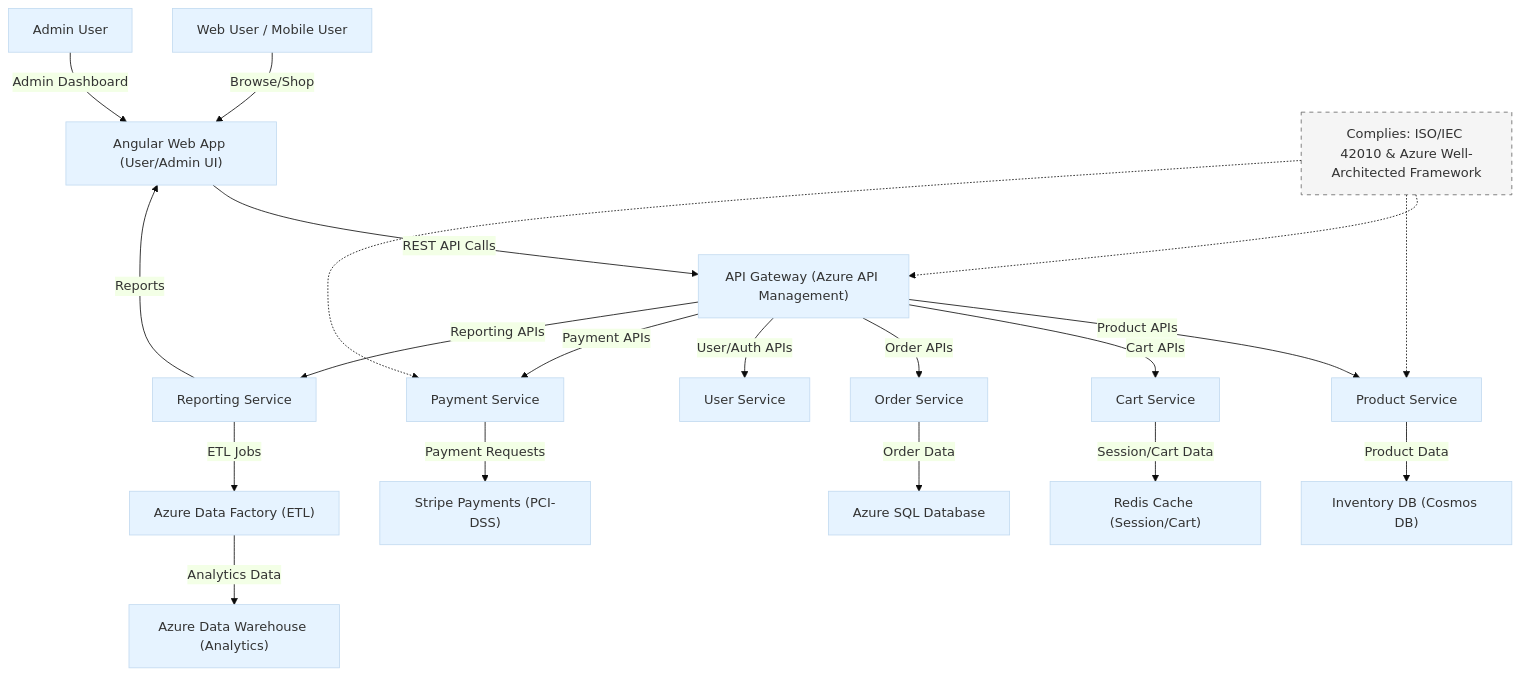
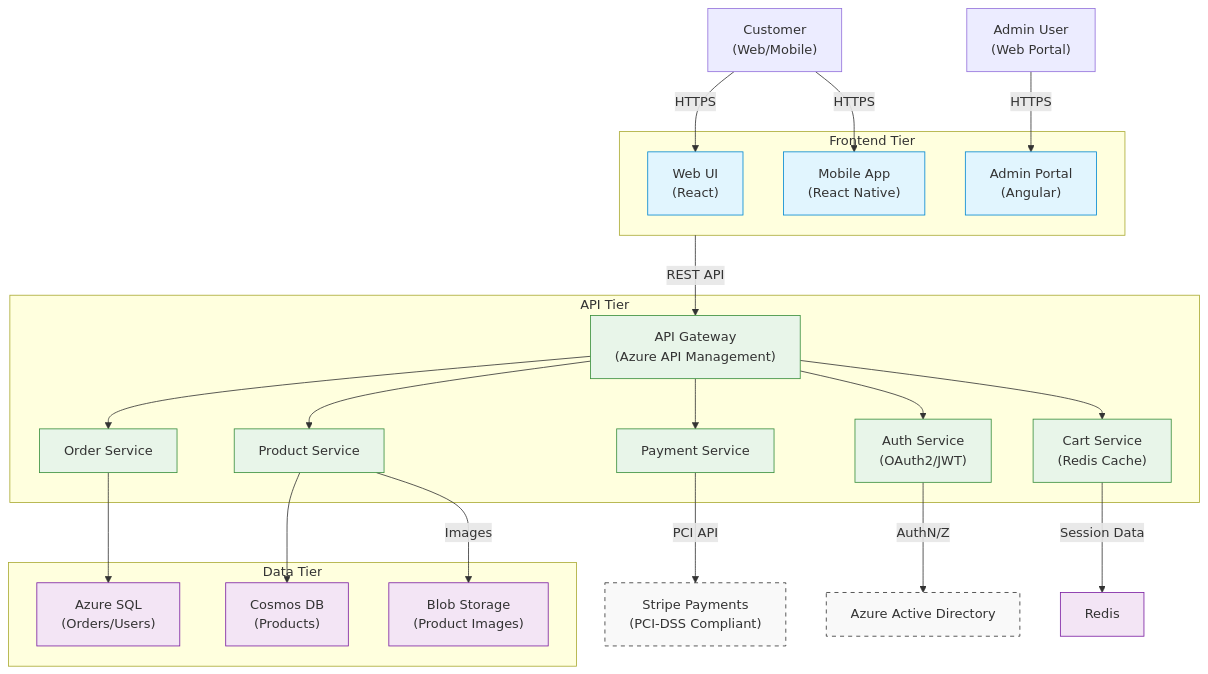
One commit to andikatjacobdennis/QuickCart changed the second of 5 diagrams in docs/001_SRS_Shopping_Cart_System.md. Above: the diagram before and after it, drawn with Mermaid. The commit also changed other lines of this file and 3 other files, not shown here.

First line of the commit message:
Refactor SRS Template and add SDS Template; update Shopping Cart System SRS

````diff
--- a/docs/001_SRS_Shopping_Cart_System.md
+++ b/docs/001_SRS_Shopping_Cart_System.md
@@ -510,72 +199,66 @@
 ```mermaid
+%% QuickCart System Architecture
+graph TD
+    %% ===== EXTERNAL SYSTEMS =====
+    Stripe["Stripe Payments\n(PCI-DSS Compliant)"]
+    AzureAD["Azure Active Directory"]
 
-%%{init: {'theme': 'base', 'themeVariables': { 'primaryColor': '#e6f3ff', 'tertiaryColor': '#f8f8f8'}}}%%
-graph TD
-    %% USER AND ADMIN ACTORS
-    User["Web User / Mobile User"]
-    Admin["Admin User"]
+    %% ===== USER ACTORS =====
+    Customer["Customer\n(Web/Mobile)"]
+    Admin["Admin User\n(Web Portal)"]
 
-    %% FRONTEND
-    Frontend["Angular Web App (User/Admin UI)"]
+    %% ===== FRONTEND TIER =====
+    subgraph Frontend["Frontend Tier"]
+        WebUI["Web UI\n(React)"]
+        MobileApp["Mobile App\n(React Native)"]
+        AdminPortal["Admin Portal\n(Angular)"]
+    end
 
-    %% API GATEWAY
-    APIGW["API Gateway (Azure API Management)"]
+    %% ===== API TIER =====
+    subgraph API["API Tier"]
+        APIGateway["API Gateway\n(Azure API Management)"]
+        AuthService["Auth Service\n(OAuth2/JWT)"]
+        ProductService["Product Service"]
+        CartService["Cart Service\n(Redis Cache)"]
+        OrderService["Order Service"]
+        PaymentService["Payment Service"]
+    end
 
-    %% BACKEND MICROSERVICES
-    ProductSvc["Product Service"]
-    CartSvc["Cart Service"]
-    OrderSvc["Order Service"]
-    UserSvc["User Service"]
-    PaymentSvc["Payment Service"]
-    ReportingSvc["Reporting Service"]
+    %% ===== DATA TIER =====
+    subgraph Data["Data Tier"]
+        SQLDB["Azure SQL\n(Orders/Users)"]
+        CosmosDB["Cosmos DB\n(Products)"]
+        BlobStorage["Blob Storage\n(Product Images)"]
+    end
 
-    %% DATABASES AND EXTERNALS
-    SQLDB["Azure SQL Database"]
-    CosmosDB["Inventory DB (Cosmos DB)"]
-    Redis["Redis Cache (Session/Cart)"]
-    Stripe["Stripe Payments (PCI-DSS)"]
-    DataFactory["Azure Data Factory (ETL)"]
-    DataWarehouse["Azure Data Warehouse (Analytics)"]
+    %% ===== CONNECTIONS =====
+    Customer -->|HTTPS| WebUI
+    Customer -->|HTTPS| MobileApp
+    Admin -->|HTTPS| AdminPortal
 
-    %% COMPLIANCE NOTE
-    ComplianceNote["Complies: ISO/IEC 42010 & Azure Well-Architected Framework"]
+    Frontend -->|REST API| APIGateway
+    APIGateway --> AuthService
+    APIGateway --> ProductService
+    APIGateway --> CartService
+    APIGateway --> OrderService
+    APIGateway --> PaymentService
 
-    %% FLOWS
-    User -->|Browse/Shop| Frontend
-    Admin -->|Admin Dashboard| Frontend
+    AuthService -->|AuthN/Z| AzureAD
+    PaymentService -->|PCI API| Stripe
 
-    Frontend -->|REST API Calls| APIGW
+    ProductService --> CosmosDB
+    CartService -->|Session Data| Redis
+    OrderService --> SQLDB
+    ProductService -->|Images| BlobStorage
 
-    APIGW -->|Product APIs| ProductSvc
-    APIGW -->|Cart APIs| CartSvc
-    APIGW -->|Order APIs| OrderSvc
-    APIGW -->|User/Auth APIs| UserSvc
-    APIGW -->|Payment APIs| PaymentSvc
-    APIGW -->|Reporting APIs| ReportingSvc
+    %% ===== STYLING =====
+    classDef external fill:#f9f9f9,stroke:#333,stroke-dasharray:5;
+    classDef frontend fill:#e1f5fe,stroke:#0288d1;
+    classDef api fill:#e8f5e9,stroke:#388e3c;
+    classDef data fill:#f3e5f5,stroke:#7b1fa2;
 
-    %% PRODUCT SERVICE
-    ProductSvc -->|Product Data| CosmosDB
-
-    %% CART SERVICE
-    CartSvc -->|Session/Cart Data| Redis
-
-    %% ORDER SERVICE
-    OrderSvc -->|Order Data| SQLDB
-
-    %% PAYMENT SERVICE
-    PaymentSvc -->|Payment Requests| Stripe
-
-    %% REPORTING SERVICE
-    ReportingSvc -->|ETL Jobs| DataFactory
-    DataFactory -->|Analytics Data| DataWarehouse
-
-    %% ADMIN REPORTING
-    ReportingSvc -->|Reports| Frontend
-
-    %% COMPLIANCE
-    ComplianceNote -.-> APIGW
-    ComplianceNote -.-> ProductSvc
-    ComplianceNote -.-> PaymentSvc
-    style ComplianceNote fill:#f5f5f5,stroke-dasharray:5,stroke:#666
-
+    class Stripe,AzureAD external;
+    class WebUI,MobileApp,AdminPortal frontend;
+    class APIGateway,AuthService,ProductService,CartService,OrderService,PaymentService api;
+    class SQLDB,CosmosDB,BlobStorage,Redis data;
 ```
````
